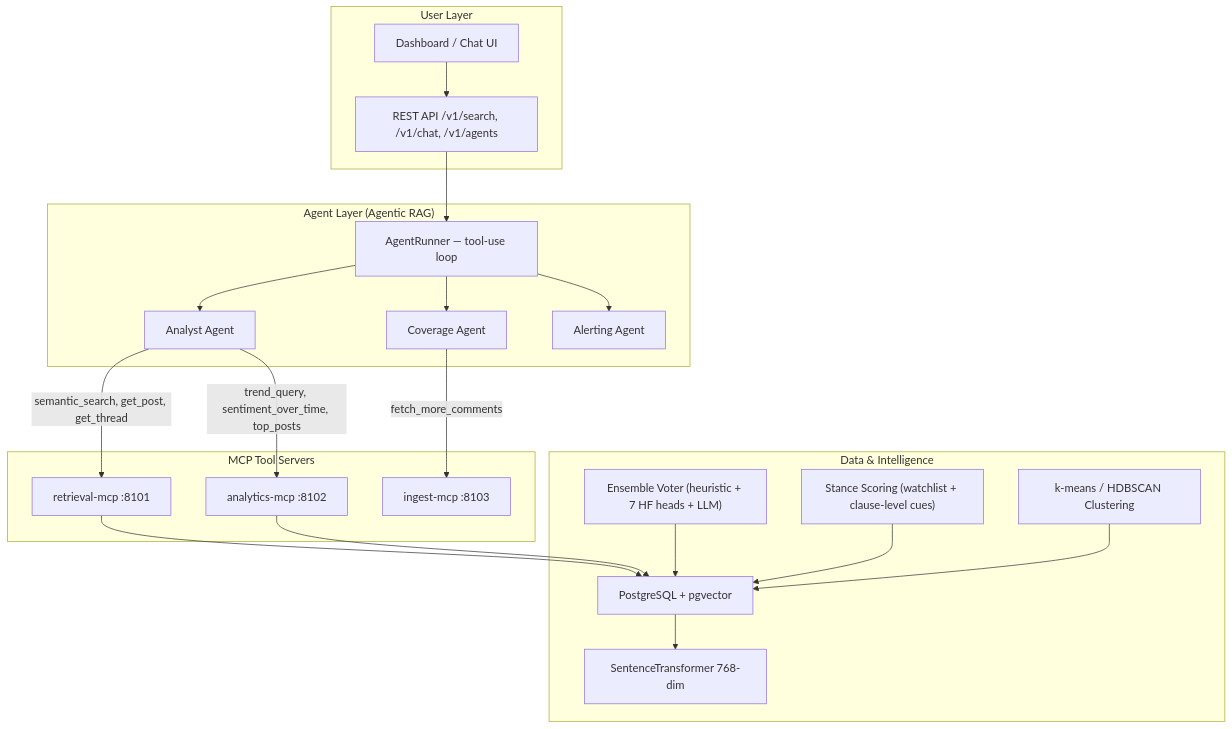
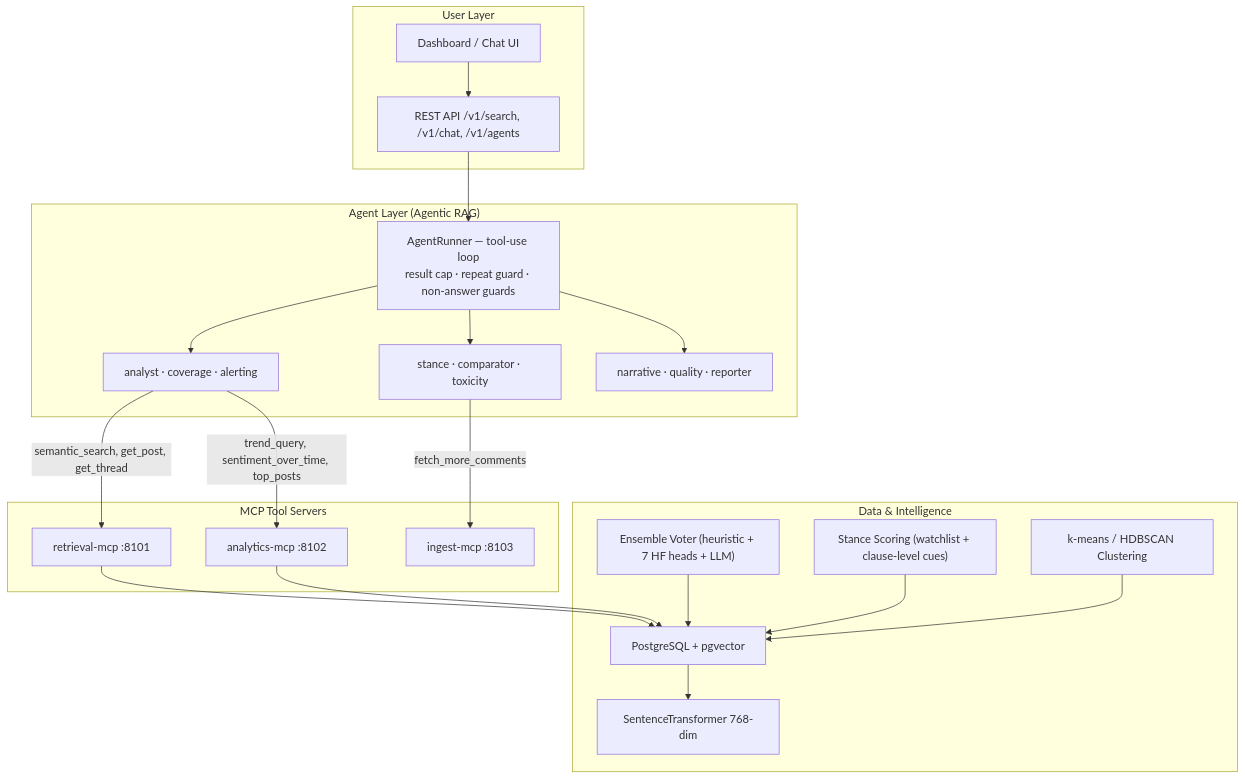
The diagram in AGENTIC_RAG_NOVELTY.md (Bishwajit-2810/Defense), drawn with Mermaid before and after one commit. The commit also changed other lines of this file and 16 other files, not shown here.

````diff
--- a/AGENTIC_RAG_NOVELTY.md
+++ b/AGENTIC_RAG_NOVELTY.md
@@ -11,41 +11,41 @@
 ```mermaid
 graph TB
     subgraph "User Layer"
         UI["Dashboard / Chat UI"]
         API["REST API /v1/search, /v1/chat, /v1/agents"]
     end
 
     subgraph "Agent Layer (Agentic RAG)"
-        Runner["AgentRunner — tool-use loop"]
-        Analyst["Analyst Agent"]
-        Coverage["Coverage Agent"]
-        Alerting["Alerting Agent"]
+        Runner["AgentRunner — tool-use loop<br/>result cap · repeat guard · non-answer guards"]
+        Analyst["analyst · coverage · alerting"]
+        Coverage["stance · comparator · toxicity"]
+        Alerting["narrative · quality · reporter"]
     end
 
     subgraph "MCP Tool Servers"
         RetMCP["retrieval-mcp :8101"]
         AnaMCP["analytics-mcp :8102"]
         IngMCP["ingest-mcp :8103"]
     end
 
     subgraph "Data & Intelligence"
         PG["PostgreSQL + pgvector"]
         Embed["SentenceTransformer 768-dim"]
         Ensemble["Ensemble Voter (heuristic + 7 HF heads + LLM)"]
         Stance["Stance Scoring (watchlist + clause-level cues)"]
         Cluster["k-means / HDBSCAN Clustering"]
     end
 
     UI --> API
     API --> Runner
     Runner --> Analyst & Coverage & Alerting
     Analyst -- "semantic_search, get_post, get_thread" --> RetMCP
     Analyst -- "trend_query, sentiment_over_time, top_posts" --> AnaMCP
     Coverage -- "fetch_more_comments" --> IngMCP
     RetMCP --> PG
     AnaMCP --> PG
     PG --> Embed
     Ensemble --> PG
     Stance --> PG
     Cluster --> PG
 ```
````
